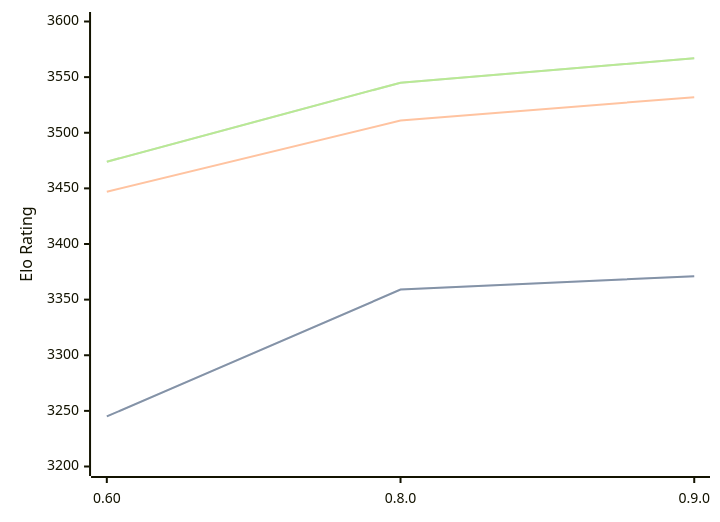
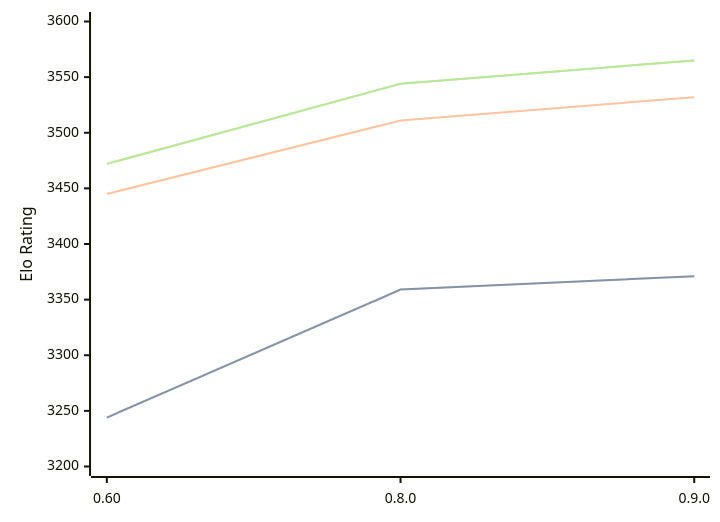
One commit to computer-chess-index/cci changed the diagram in engines/Motor.md. Above: the diagram before and after it, drawn with Mermaid. The commit also changed other lines of this file, not shown here.

Commit message:
Update CCI Ratings (ELO VLTC) - 2026-03-17

````diff
--- a/engines/Motor.md
+++ b/engines/Motor.md
@@ -37,11 +37,11 @@
 ```mermaid
 %%{init: {"theme":"base","themeVariables":{"seriesColors:['#a3a3a3','#222221','#faa371']}}}%%
 xychart-beta
   x-axis ["0.60", "0.8.0", "0.9.0"]
   y-axis "Elo Rating" 3200 --> 3600
-  line "STC (8.0+0.08s)" [3245, 3359, 3371]
-  line "STC (8.0+0.08s)" [3245, 3359, 3371]
-  line "LTC (60.0+0.60s)" [3447, 3511, 3532]
-  line "VLTC (2m24s+1.12s)" [3474, 3545, 3567]
-  line "VLTC (2m24s+1.12s)" [3474, 3545, 3567]
+  line "STC (8.0+0.08s)" [3244, 3359, 3371]
+  line "STC (8.0+0.08s)" [3244, 3359, 3371]
+  line "LTC (60.0+0.60s)" [3445, 3511, 3532]
+  line "VLTC (2m24s+1.12s)" [3472, 3544, 3565]
+  line "VLTC (2m24s+1.12s)" [3472, 3544, 3565]
 ```
````
